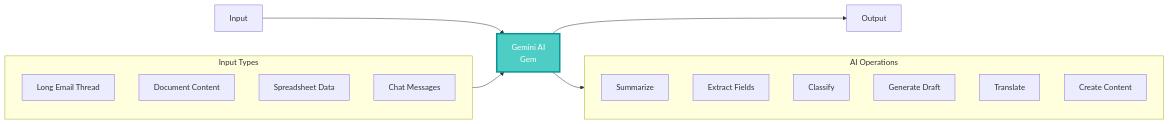
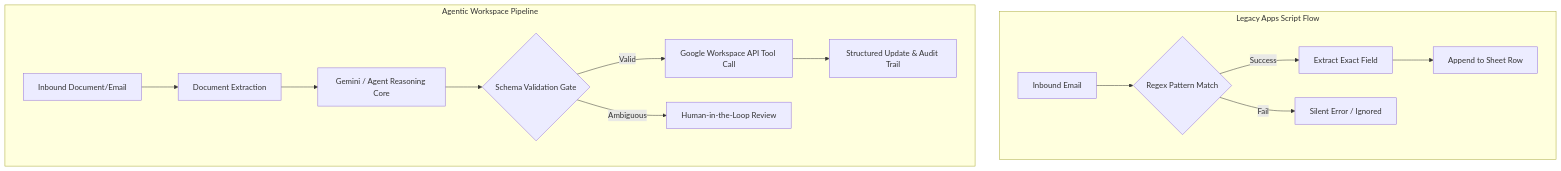
Before and after one commit to akillness/akillness.github.io: the first of 2 diagrams in _posts/2025/11/2025-11-16-google-workspace-flows-agentic-ai-automation-guide.md, drawn with Mermaid. The commit also changed other lines of this file and 1 other file, not shown here.

Commit message:
archive(dev): rebuild google-workspace-flows from 2025-11 note

````diff
--- a/_posts/2025/11/2025-11-16-google-workspace-flows-agentic-ai-automation-guide.md
+++ b/_posts/2025/11/2025-11-16-google-workspace-flows-agentic-ai-automation-guide.md
@@ -130,26 +29,18 @@
 ```mermaid
-graph LR
-    A[Input] --> B[Gemini AI<br/>Gem]
-    B --> C[Output]
-
-    subgraph InputTypes["Input Types"]
-        I1[Long Email Thread]
-        I2[Document Content]
-        I3[Spreadsheet Data]
-        I4[Chat Messages]
+flowchart TD
+    subgraph DeterministicScript["Legacy Apps Script Flow"]
+        EmailIn[Inbound Email] --> RegexMatch{Regex Pattern Match}
+        RegexMatch -- Success --> Parse[Extract Exact Field]
+        RegexMatch -- Fail --> Unhandled[Silent Error / Ignored]
+        Parse --> RowAppend[Append to Sheet Row]
     end
 
-    subgraph AIOps["AI Operations"]
-        O1[Summarize]
-        O2[Extract Fields]
-        O3[Classify]
-        O4[Generate Draft]
-        O5[Translate]
-        O6[Create Content]
+    subgraph AgenticFlow["Agentic Workspace Pipeline"]
+        DocIn[Inbound Document/Email] --> Parser[Document Extraction]
+        Parser --> LLM[Gemini / Agent Reasoning Core]
+        LLM --> SchemaValidate{Schema Validation Gate}
+        SchemaValidate -- Valid --> ToolExec[Google Workspace API Tool Call]
+        SchemaValidate -- Ambiguous --> Escalate[Human-in-the-Loop Review]
+        ToolExec --> SheetUpdate[Structured Update & Audit Trail]
     end
-
-    InputTypes --> B
-    B --> AIOps
-
-    style B fill:#4ecdc4,stroke:#0a9396,stroke-width:3px,color:#fff
 ```
````
